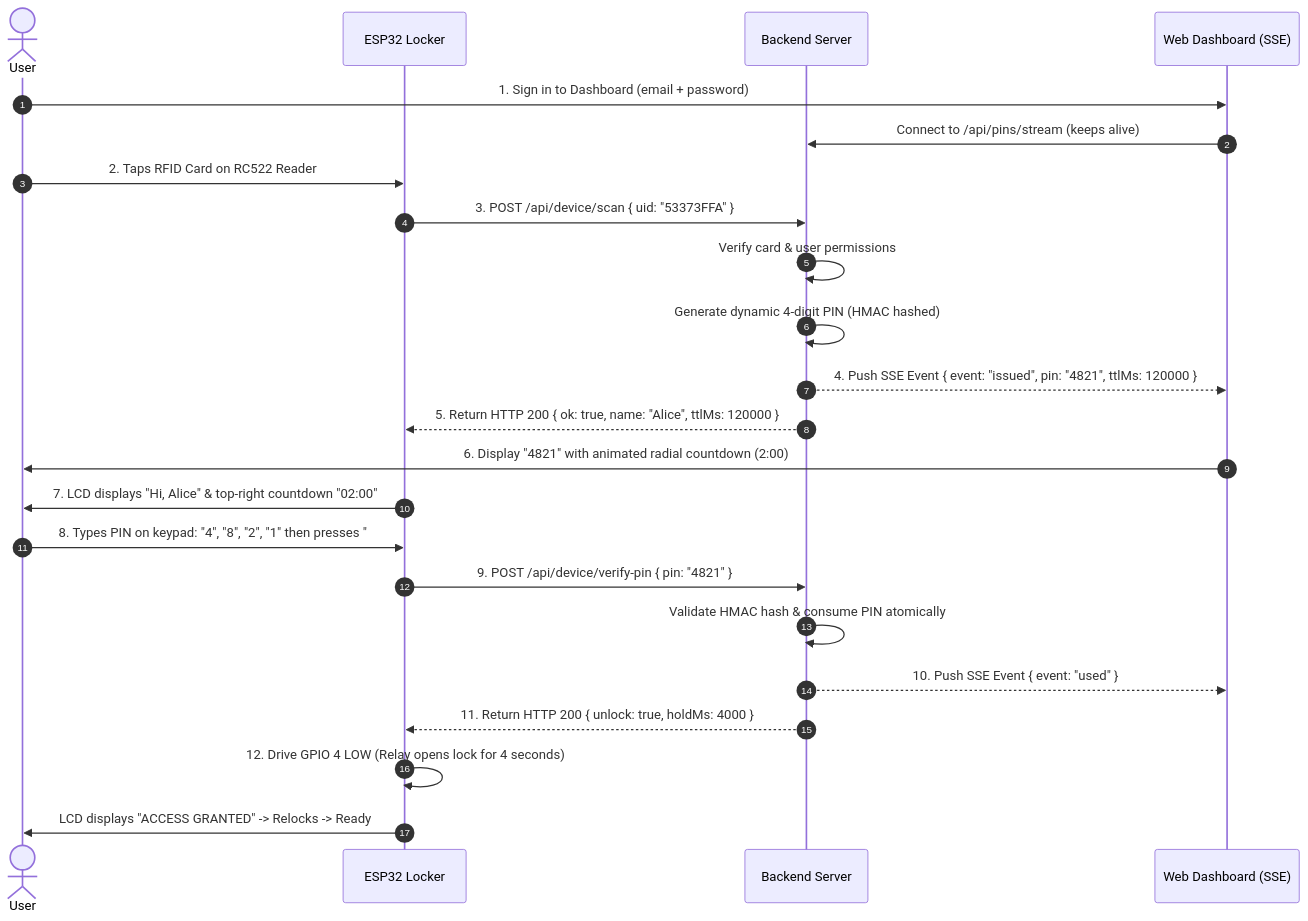
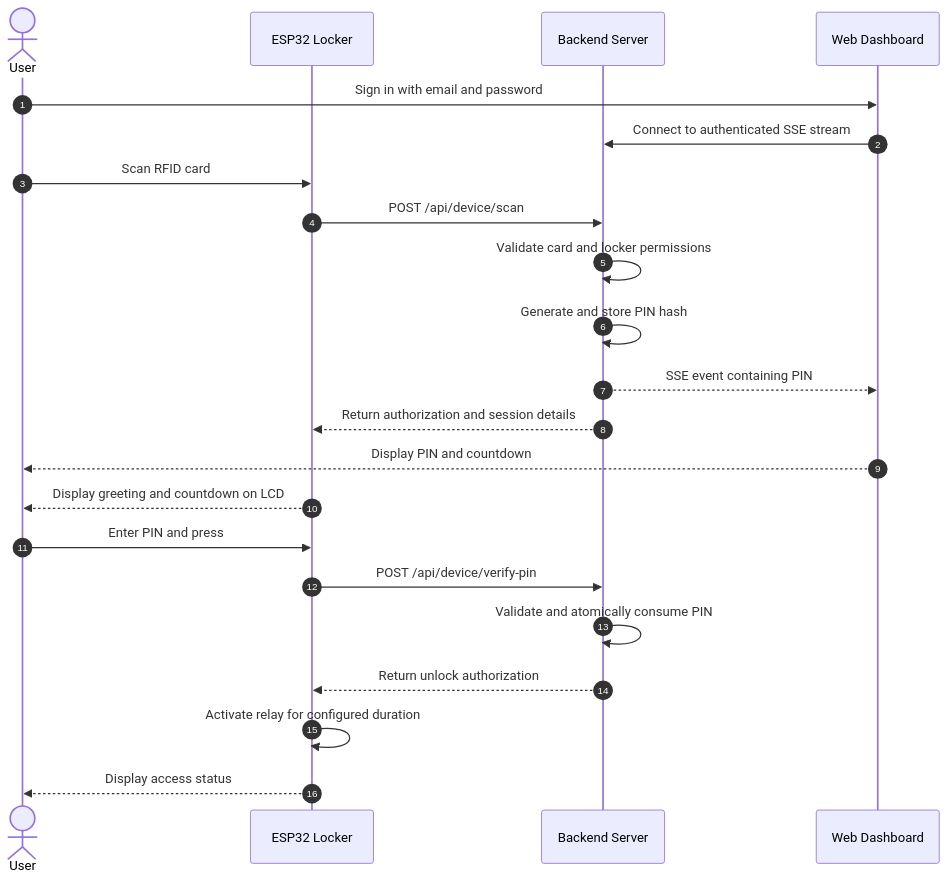
The first of 2 diagrams in README.md (Itz-Om17/IOT-Smart_Locker), drawn with Mermaid before and after one commit. The commit also changed other lines of this file, not shown here.

````diff
--- a/README.md
+++ b/README.md
@@ -191,26 +309,30 @@
 ```mermaid
 sequenceDiagram
     autonumber
     actor User
     participant ESP as ESP32 Locker
     participant API as Backend Server
-    participant SSE as Web Dashboard (SSE)
+    participant Web as Web Dashboard
 
-    User->>SSE: 1. Sign in to Dashboard (email + password)
-    SSE->>API: Connect to /api/pins/stream (keeps alive)
-    User->>ESP: 2. Taps RFID Card on RC522 Reader
-    ESP->>API: 3. POST /api/device/scan { uid: "53373FFA" }
-    API->>API: Verify card & user permissions
-    API->>API: Generate dynamic 4-digit PIN (HMAC hashed)
-    API-->>SSE: 4. Push SSE Event { event: "issued", pin: "4821", ttlMs: 120000 }
-    API-->>ESP: 5. Return HTTP 200 { ok: true, name: "Alice", ttlMs: 120000 }
-    SSE->>User: 6. Display "4821" with animated radial countdown (2:00)
-    ESP->>User: 7. LCD displays "Hi, Alice" & top-right countdown "02:00"
-    User->>ESP: 8. Types PIN on keypad: "4", "8", "2", "1" then presses "#"
-    ESP->>API: 9. POST /api/device/verify-pin { pin: "4821" }
-    API->>API: Validate HMAC hash & consume PIN atomically
-    API-->>SSE: 10. Push SSE Event { event: "used" }
-    API-->>ESP: 11. Return HTTP 200 { unlock: true, holdMs: 4000 }
-    ESP->>ESP: 12. Drive GPIO 4 LOW (Relay opens lock for 4 seconds)
-    ESP->>User: LCD displays "ACCESS GRANTED" -> Relocks -> Ready
+    User->>Web: Sign in with email and password
+    Web->>API: Connect to authenticated SSE stream
+
+    User->>ESP: Scan RFID card
+    ESP->>API: POST /api/device/scan
+    API->>API: Validate card and locker permissions
+    API->>API: Generate and store PIN hash
+
+    API-->>Web: SSE event containing PIN
+    API-->>ESP: Return authorization and session details
+
+    Web-->>User: Display PIN and countdown
+    ESP-->>User: Display greeting and countdown on LCD
+
+    User->>ESP: Enter PIN and press #
+    ESP->>API: POST /api/device/verify-pin
+    API->>API: Validate and atomically consume PIN
+
+    API-->>ESP: Return unlock authorization
+    ESP->>ESP: Activate relay for configured duration
+    ESP-->>User: Display access status
 ```
````
